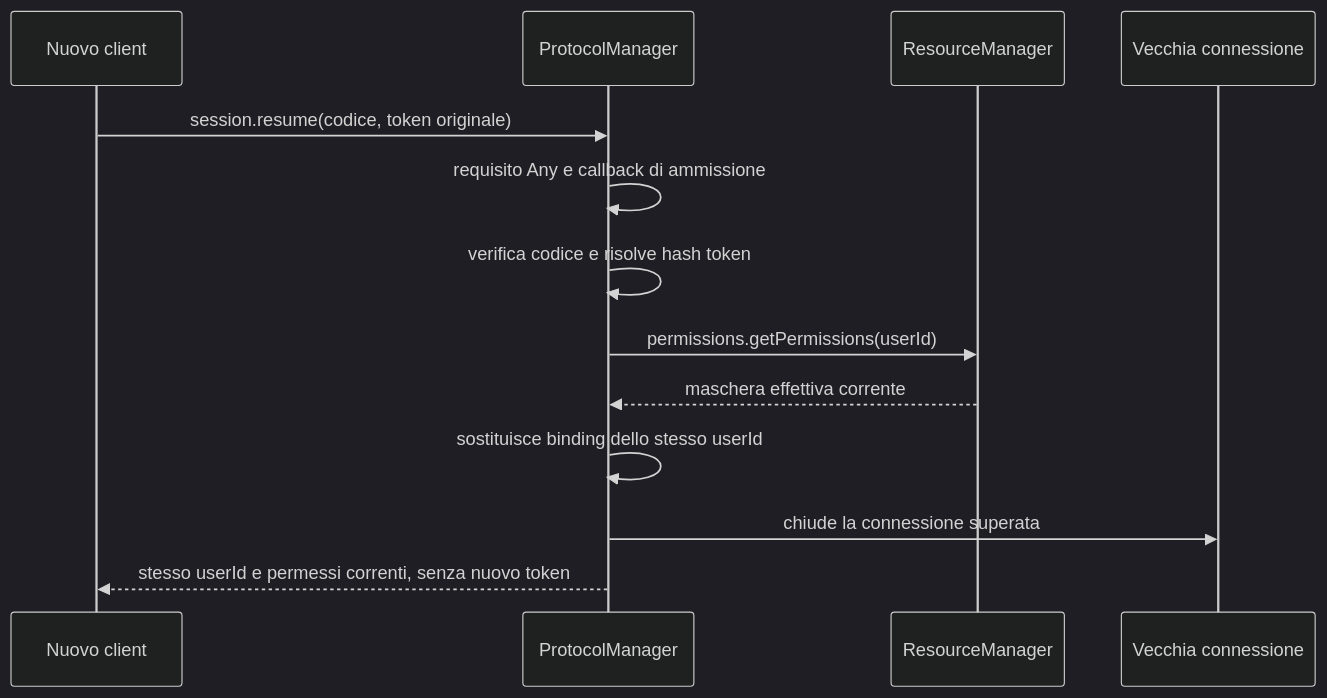
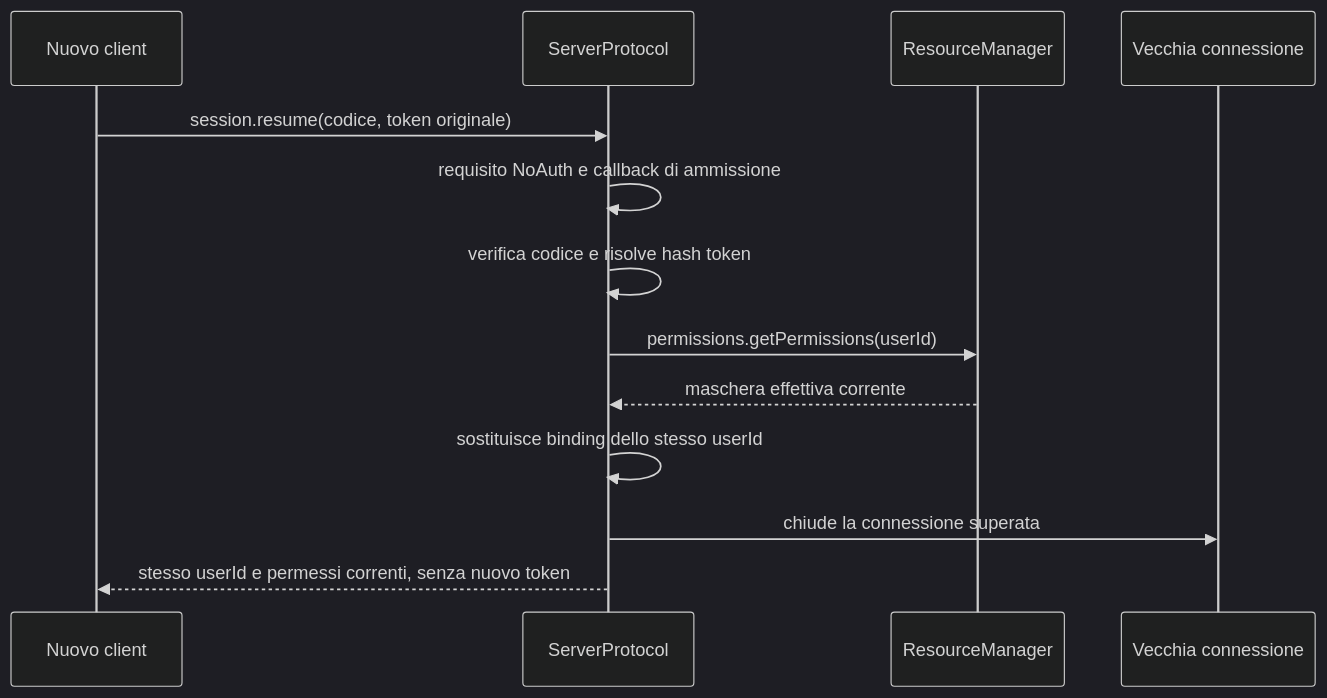
Before and after one commit to ForzaElettromotrice/GolarionHelper: the fifth of 9 diagrams in .context/session-flows.md, drawn with Mermaid (dark theme). The commit also changed other lines of this file and 13 other files, not shown here.

````diff
--- a/.context/session-flows.md
+++ b/.context/session-flows.md
@@ -115,15 +115,15 @@
 ```mermaid
 sequenceDiagram
     participant C as Nuovo client
-    participant PM as ProtocolManager
+    participant PM as ServerProtocol
     participant RM as ResourceManager
     participant Old as Vecchia connessione
     C->>PM: session.resume(codice, token originale)
-    PM->>PM: requisito Any e callback di ammissione
+    PM->>PM: requisito NoAuth e callback di ammissione
     PM->>PM: verifica codice e risolve hash token
     PM->>RM: permissions.getPermissions(userId)
     RM-->>PM: maschera effettiva corrente
     PM->>PM: sostituisce binding dello stesso userId
     PM->>Old: chiude la connessione superata
     PM-->>C: stesso userId e permessi correnti, senza nuovo token
 ```
````
